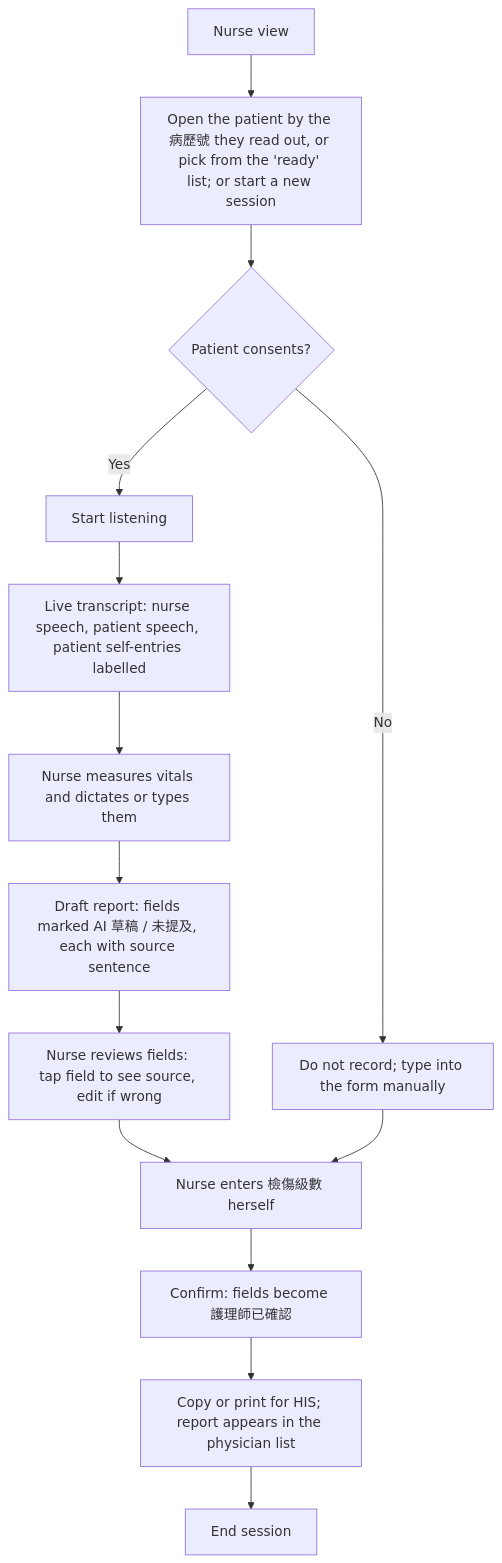
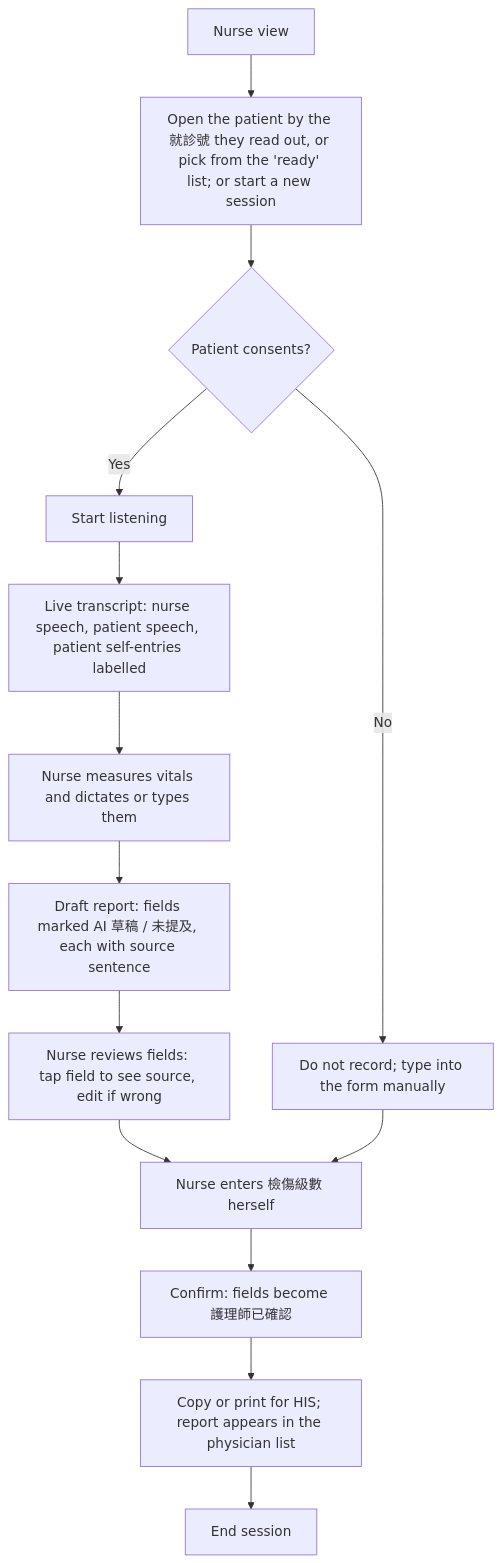
One commit to hwupu/115A-535527-AIDLC-Final changed the third of 6 diagrams in docs/frontend/USER_FLOW.md. Above: the diagram before and after it, drawn with Mermaid. The commit also changed other lines of this file and 8 other files, not shown here.

First line of the commit message:
fix: rename 病歷號 to 就診號 (visit_no) and apply PO review decisions (#20)

````diff
--- a/docs/frontend/USER_FLOW.md
+++ b/docs/frontend/USER_FLOW.md
@@ -51,16 +51,16 @@
 ```mermaid
 flowchart TD
-    S[Nurse view] --> NS[Open the patient by the 病歷號 they read out, or pick from the 'ready' list; or start a new session]
+    S[Nurse view] --> NS[Open the patient by the 就診號 they read out, or pick from the 'ready' list; or start a new session]
     NS --> C{Patient consents?}
     C -->|No| X[Do not record; type into the form manually]
     C -->|Yes| R[Start listening]
     R --> T[Live transcript: nurse speech, patient speech, patient self-entries labelled]
     T --> V[Nurse measures vitals and dictates or types them]
     V --> DR[Draft report: fields marked AI 草稿 / 未提及, each with source sentence]
     DR --> RV[Nurse reviews fields: tap field to see source, edit if wrong]
     RV --> LV[Nurse enters 檢傷級數 herself]
     LV --> CF[Confirm: fields become 護理師已確認]
     CF --> OUT[Copy or print for HIS; report appears in the physician list]
     X --> LV
     OUT --> END[End session]
 ```
````
